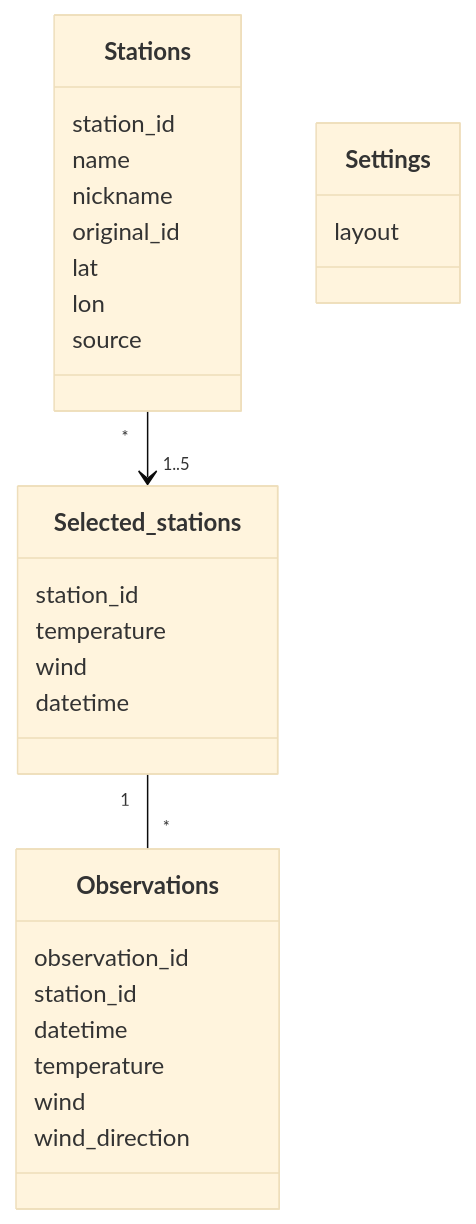
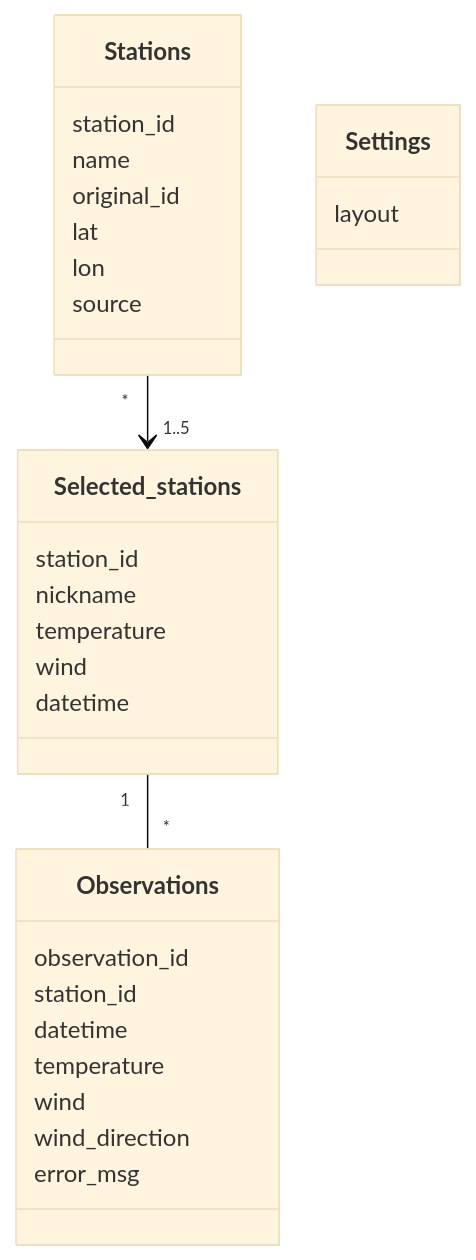
Before and after one commit to mcpaulafi/ot-harjoitustyo: the second of 6 diagrams in dokumentaatio/architecture.md, drawn with Mermaid (base theme). The commit also changed other lines of this file and 3 other files, not shown here.

````diff
--- a/dokumentaatio/architecture.md
+++ b/dokumentaatio/architecture.md
@@ -74,31 +74,32 @@
 ```mermaid
  classDiagram
     Stations "*" --> "1..5" Selected_stations
     Selected_stations "1" -- "*" Observations
     class Stations {
         station_id
         name
-        nickname
         original_id
         lat
         lon
         source
     }
     class Selected_stations {
         station_id
+        nickname
         temperature
         wind
         datetime
     }
     class Observations {
         observation_id
         station_id
         datetime
         temperature
         wind
         wind_direction
+        error_msg
     }
     class Settings {
         layout
     }
 ```
````
